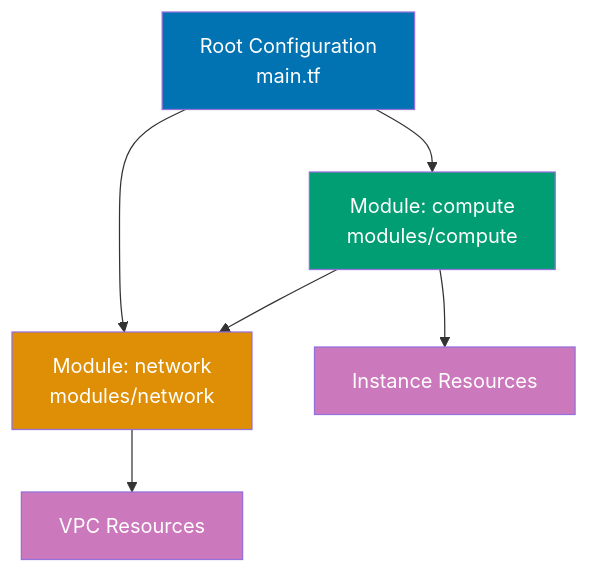
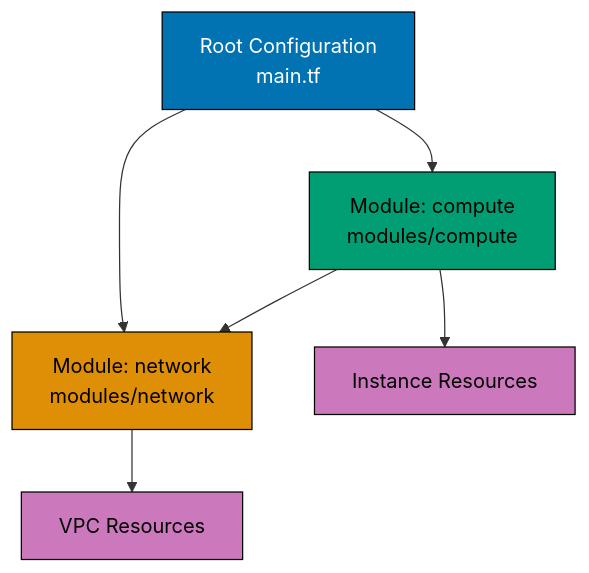
One commit to wahidyankf/ose-public changed the first of 11 diagrams in apps/ayokoding-www/content/en/learn/legacy/software-engineering/infrastructure/tools/terraform/by-example/intermediate.md. Above: the diagram before and after it, drawn with Mermaid. The commit also changed other lines of this file and 131 other files, not shown here.

First line of the commit message:
fix(mermaid): bring the legacy data, infrastructure, and testing diagrams onto the accessible palette

````diff
--- a/apps/ayokoding-www/content/en/learn/legacy/software-engineering/infrastructure/tools/terraform/by-example/intermediate.md
+++ b/apps/ayokoding-www/content/en/learn/legacy/software-engineering/infrastructure/tools/terraform/by-example/intermediate.md
@@ -18,15 +18,22 @@
 ```mermaid
 %% Color Palette: Blue #0173B2, Orange #DE8F05, Teal #029E73, Purple #CC78BC, Brown #CA9161
 graph TD
+ accTitle: Example 29: Basic Module Structure
+ accDescr: Graph with 5 nodes and 5 connections. Nodes: Root Configuration main.tf, Module: network modules/network, Module: compute modules/compute, VPC Resources, Instance Resources. Connections: Root Configuration main.tf to Module: network modules/network, Root Configuration main.tf to Module: compute modules/compute, Module: network modules/network to VPC Resources, Module: compute modules/compute to Instance Resources, Module: compute modules/compute to Module: network modules/network.
  A["Root Configuration<br/>main.tf"] --> B["Module: network<br/>modules/network"]
  A --> C["Module: compute<br/>modules/compute"]
  B --> D["VPC Resources"]
  C --> E["Instance Resources"]
  C --> B
 
- style A fill:#0173B2,color:#fff
- style B fill:#DE8F05,color:#fff
- style C fill:#029E73,color:#fff
- style D fill:#CC78BC,color:#fff
- style E fill:#CC78BC,color:#fff
+ classDef pal-0173B2 fill:#0173B2,stroke:#000000,color:#FFFFFF
+ class A pal-0173B2
+ classDef pal-DE8F05 fill:#DE8F05,stroke:#000000,color:#000000
+ class B pal-DE8F05
+ classDef pal-029E73 fill:#029E73,stroke:#000000,color:#000000
+ class C pal-029E73
+ classDef pal-CC78BC fill:#CC78BC,stroke:#000000,color:#000000
+ class D pal-CC78BC
+ class E pal-CC78BC
+ classDef default fill:#FFFFFF,stroke:#000000,color:#000000
 ```
````
